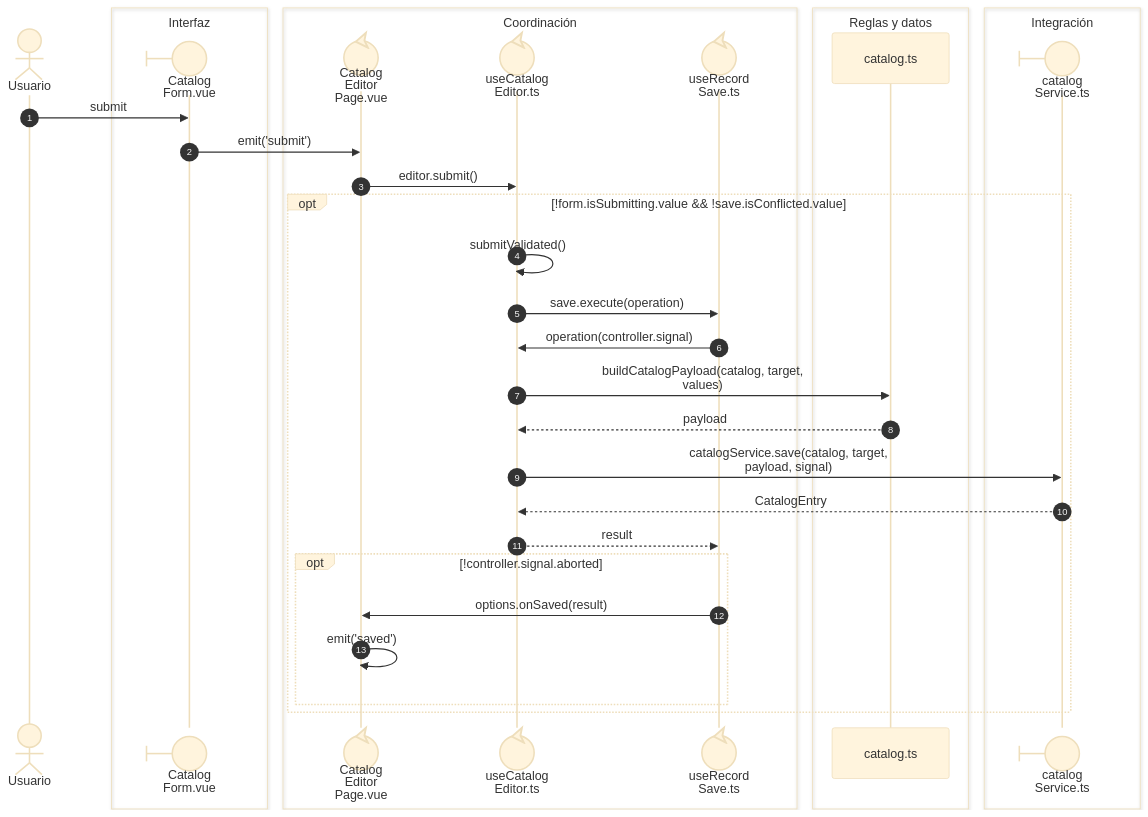
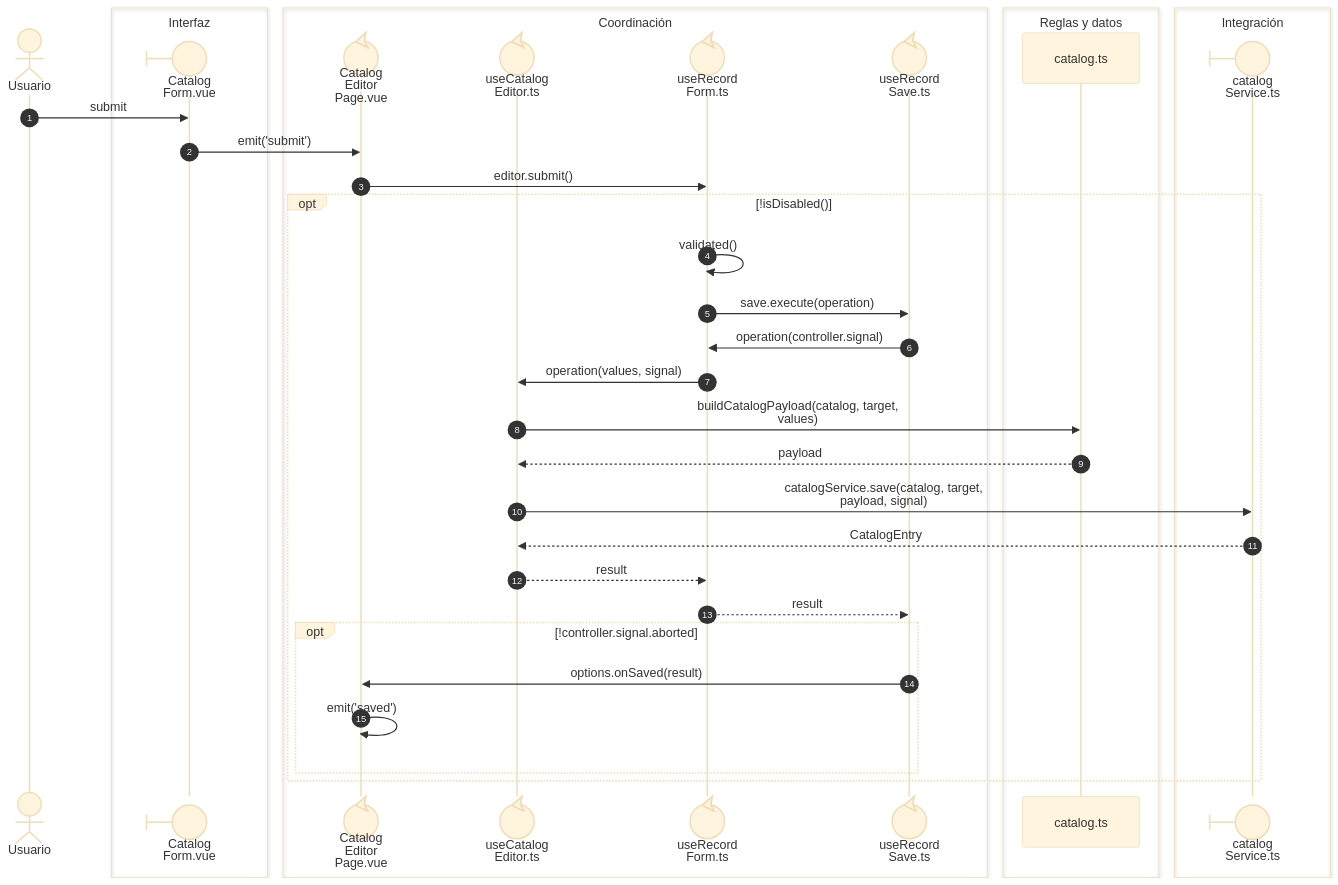
One commit to gpgsistemas01/nexus changed the first of 2 diagrams in front/docs/architecture/views/processes/03-catalogs-and-directory/01-catalog-record-save.md. Above: the diagram before and after it, drawn with Mermaid (base theme). The commit also changed other lines of this file and 82 other files, not shown here.

````diff
--- a/front/docs/architecture/views/processes/03-catalogs-and-directory/01-catalog-record-save.md
+++ b/front/docs/architecture/views/processes/03-catalogs-and-directory/01-catalog-record-save.md
@@ -9,36 +9,39 @@
 ```mermaid
 sequenceDiagram
     autonumber
     actor U as Usuario
     box Interfaz
     participant Form@{ "type": "boundary" } as Catalog<br/>Form.vue
     end
     box Coordinación
     participant Page@{ "type": "control" } as Catalog<br/>Editor<br/>Page.vue
     participant Editor@{ "type": "control" } as useCatalog<br/>Editor.ts
+    participant Record@{ "type": "control" } as useRecord<br/>Form.ts
     participant Save@{ "type": "control" } as useRecord<br/>Save.ts
     end
     box Reglas y datos
     participant Payload as catalog.ts
     end
     box Integración
     participant Service@{ "type": "boundary" } as catalog<br/>Service.ts
     end
     U->>Form: nowrap: submit
     Form->>Page: nowrap: emit('submit')
-    Page->>Editor: nowrap: editor.submit()
-    opt nowrap: !form.isSubmitting.value && !save.isConflicted.value
-        Editor->>Editor: nowrap: submitValidated()
-        Editor->>Save: nowrap: save.execute(operation)
-        Save->>Editor: nowrap: operation(controller.signal)
+    Page->>Record: nowrap: editor.submit()
+    opt nowrap: !isDisabled()
+        Record->>Record: nowrap: validated()
+        Record->>Save: nowrap: save.execute(operation)
+        Save->>Record: nowrap: operation(controller.signal)
+        Record->>Editor: nowrap: operation(values, signal)
         Editor->>Payload: nowrap: buildCatalogPayload(catalog, target,<br/>values)
         Payload-->>Editor: nowrap: payload
         Editor->>Service: nowrap: catalogService.save(catalog, target,<br/>payload, signal)
         Service-->>Editor: nowrap: CatalogEntry
-        Editor-->>Save: nowrap: result
+        Editor-->>Record: nowrap: result
+        Record-->>Save: nowrap: result
         opt nowrap: !controller.signal.aborted
             Save->>Page: nowrap: options.onSaved(result)
             Page->>Page: nowrap: emit('saved')
         end
     end
 ```
````
